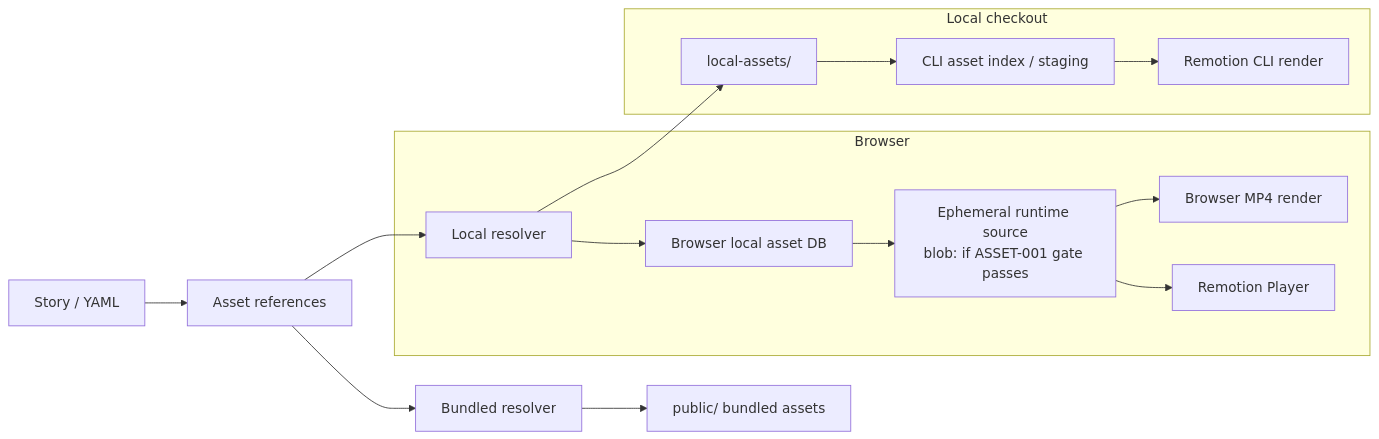
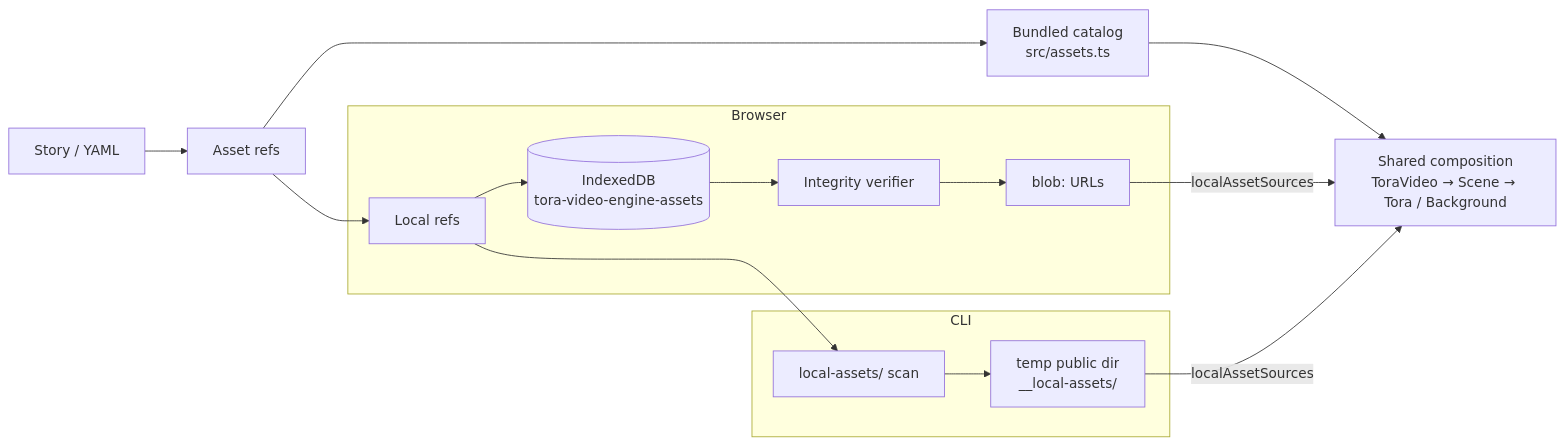
One commit to juanse-dev/tora-video-engine changed the diagram in docs/assets/README.md. Above: the diagram before and after it, drawn with Mermaid. The commit also changed other lines of this file and 6 other files, not shown here.

First line of the commit message:
docs: make v0.3 local asset specs implementation-ready

```diff
--- a/docs/assets/README.md
+++ b/docs/assets/README.md
@@ -54,22 +99,21 @@
 ~~~mermaid
 flowchart LR
-    Y[Story / YAML] --> R[Asset references]
-
-    R --> B[Bundled resolver]
-    R --> L[Local resolver]
-
-    B --> P[public/ bundled assets]
+    Y[Story / YAML] --> R[Asset refs]
+    R --> B[Bundled catalog<br/>src/assets.ts]
+    R --> L[Local refs]
 
     subgraph Browser
-      L --> DB[Browser local asset DB]
-      DB --> U[Ephemeral runtime source<br/>blob: if ASSET-001 gate passes]
-      U --> Player[Remotion Player]
-      U --> WebRender[Browser MP4 render]
+      L --> DB[(IndexedDB<br/>tora-video-engine-assets)]
+      DB --> V[Integrity verifier]
+      V --> U[blob: URLs]
     end
 
-    subgraph Local checkout
-      L --> F[local-assets/]
-      F --> C[CLI asset index / staging]
-      C --> CliRender[Remotion CLI render]
+    subgraph CLI
+      L --> F[local-assets/ scan]
+      F --> S[temp public dir<br/>__local-assets/]
     end
+
+    B --> C[Shared composition<br/>ToraVideo → Scene → Tora / Background]
+    U -- localAssetSources --> C
+    S -- localAssetSources --> C
 ~~~
```
